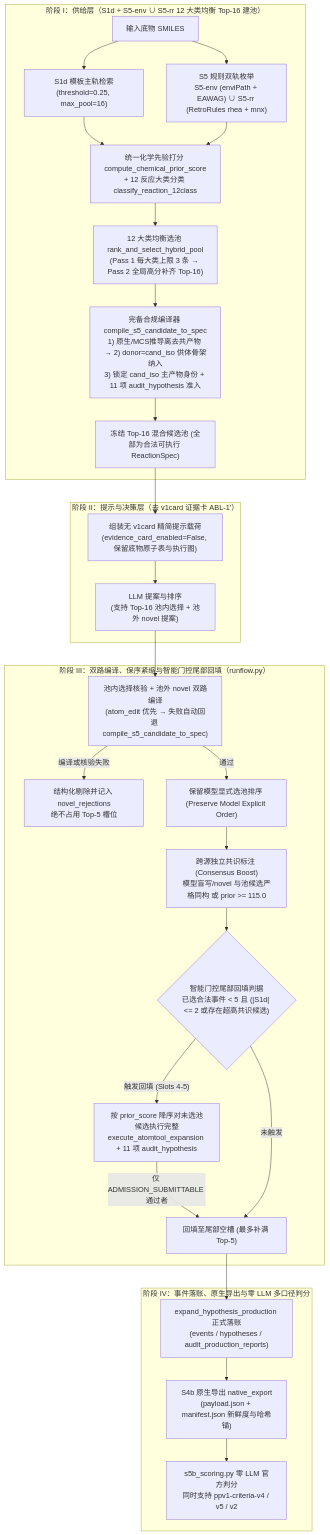
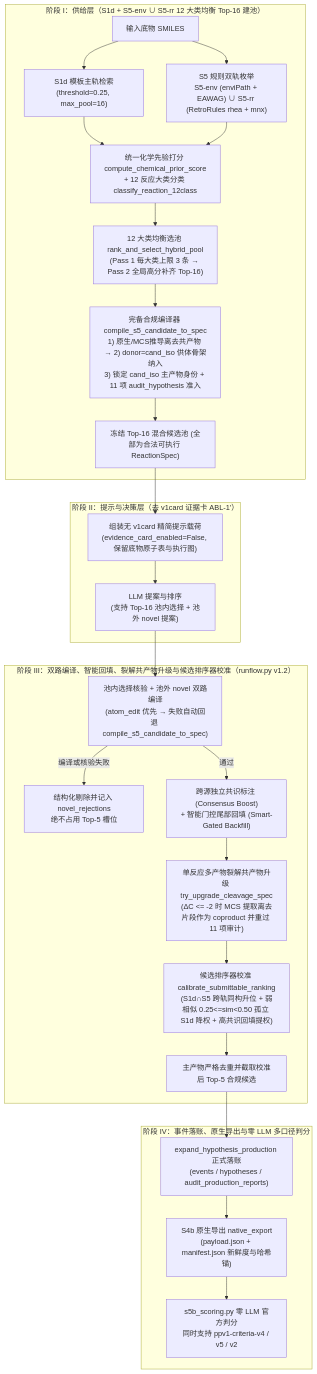
One commit to NJUGongsai/pollutant-pathway changed the diagram in docs/architecture/V44_NEXT_ARCHITECTURE_2026-11-10.md. Above: the diagram before and after it, drawn with Mermaid. The commit also changed other lines of this file and 3 other files, not shown here.

Commit message:
feat(v44-next): v1.2 candidate ranker calibration & cleavage coproduct upgrade

````diff
--- a/docs/architecture/V44_NEXT_ARCHITECTURE_2026-11-10.md
+++ b/docs/architecture/V44_NEXT_ARCHITECTURE_2026-11-10.md
@@ -24,33 +25,31 @@
 ```mermaid
 flowchart TD
     subgraph Stage1["阶段 I：供给层（S1d + S5-env ∪ S5-rr 12 大类均衡 Top-16 建池）"]
         A1["输入底物 SMILES"] --> A2["S1d 模板主轨检索<br/>(threshold=0.25, max_pool=16)"]
         A1 --> A3["S5 规则双轨枚举<br/>S5-env (enviPath + EAWAG) ∪ S5-rr (RetroRules rhea + mnx)"]
         A2 & A3 --> A4["统一化学先验打分 compute_chemical_prior_score<br/>+ 12 反应大类分类 classify_reaction_12class"]
         A4 --> A5["12 大类均衡选池 rank_and_select_hybrid_pool<br/>(Pass 1 每大类上限 3 条 → Pass 2 全局高分补齐 Top-16)"]
         A5 --> A6["完备合规编译器 compile_s5_candidate_to_spec<br/>1) 原生/MCS推导离去共产物 → 2) donor=cand_iso 供体骨架纳入<br/>3) 锁定 cand_iso 主产物身份 + 11 项 audit_hypothesis 准入"]
         A6 --> A7["冻结 Top-16 混合候选池 (全部为合法可执行 ReactionSpec)"]
     end
 
     subgraph Stage2["阶段 II：提示与决策层（去 v1card 证据卡 ABL-1'）"]
         A7 --> B1["组装无 v1card 精简提示载荷<br/>(evidence_card_enabled=False, 保留底物原子表与执行图)"]
         B1 --> B2["LLM 提案与排序<br/>(支持 Top-16 池内选择 + 池外 novel 提案)"]
     end
 
-    subgraph Stage3["阶段 III：双路编译、保序紧缩与智能门控尾部回填（runflow.py）"]
+    subgraph Stage3["阶段 III：双路编译、智能回填、裂解共产物升级与候选排序器校准（runflow.py v1.2）"]
         B2 --> C1["池内选择核验 + 池外 novel 双路编译<br/>(atom_edit 优先 → 失败自动回退 compile_s5_candidate_to_spec)"]
         C1 -- "编译或核验失败" --> C2["结构化剔除并记入 novel_rejections<br/>绝不占用 Top-5 槽位"]
-        C1 -- "通过" --> C3["保留模型显式选池排序 (Preserve Model Explicit Order)"]
-        C3 --> C4["跨源独立共识标注 (Consensus Boost)<br/>模型盲写/novel 与池候选严格同构 或 prior >= 115.0"]
-        C4 --> C5{"智能门控尾部回填判据<br/>已选合法事件 < 5 且 (|S1d| <= 2 或存在超高共识候选)"}
-        C5 -- "触发回填 (Slots 4-5)" --> C6["按 prior_score 降序对未选池候选执行完整<br/>execute_atomtool_expansion + 11 项 audit_hypothesis"]
-        C6 -- "仅 ADMISSION_SUBMITTABLE 通过者" --> C7["回填至尾部空槽 (最多补满 Top-5)"]
-        C5 -- "未触发" --> C7
+        C1 -- "通过" --> C3["跨源独立共识标注 (Consensus Boost)<br/>+ 智能门控尾部回填 (Smart-Gated Backfill)"]
+        C3 --> C4["单反应多产物裂解共产物升级 try_upgrade_cleavage_spec<br/>(ΔC <= -2 时 MCS 提取离去片段作为 coproduct 并重过 11 项审计)"]
+        C4 --> C5["候选排序器校准 calibrate_submittable_ranking<br/>(S1d∩S5 跨轨同构升位 + 弱相似 0.25<=sim<0.50 孤立 S1d 降权 + 高共识回填提权)"]
+        C5 --> C6["主产物严格去重并截取校准后 Top-5 合规候选"]
     end
 
     subgraph Stage4["阶段 IV：事件落账、原生导出与零 LLM 多口径判分"]
-        C7 --> D1["expand_hypothesis_production 正式落账<br/>(events / hypotheses / audit_production_reports)"]
+        C6 --> D1["expand_hypothesis_production 正式落账<br/>(events / hypotheses / audit_production_reports)"]
         D1 --> D2["S4b 原生导出 native_export<br/>(payload.json + manifest.json 新鲜度与哈希锚)"]
         D2 --> D3["s5b_scoring.py 零 LLM 官方判分<br/>同时支持 ppv1-criteria-v4 / v5 / v2"]
     end
 ```
````
